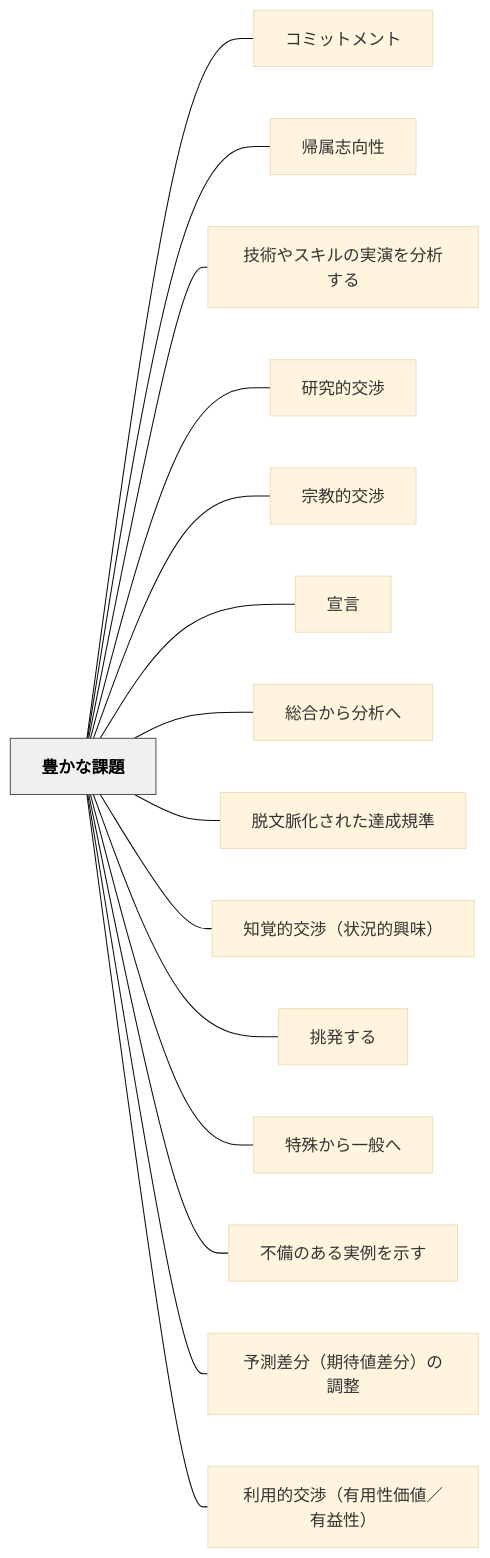
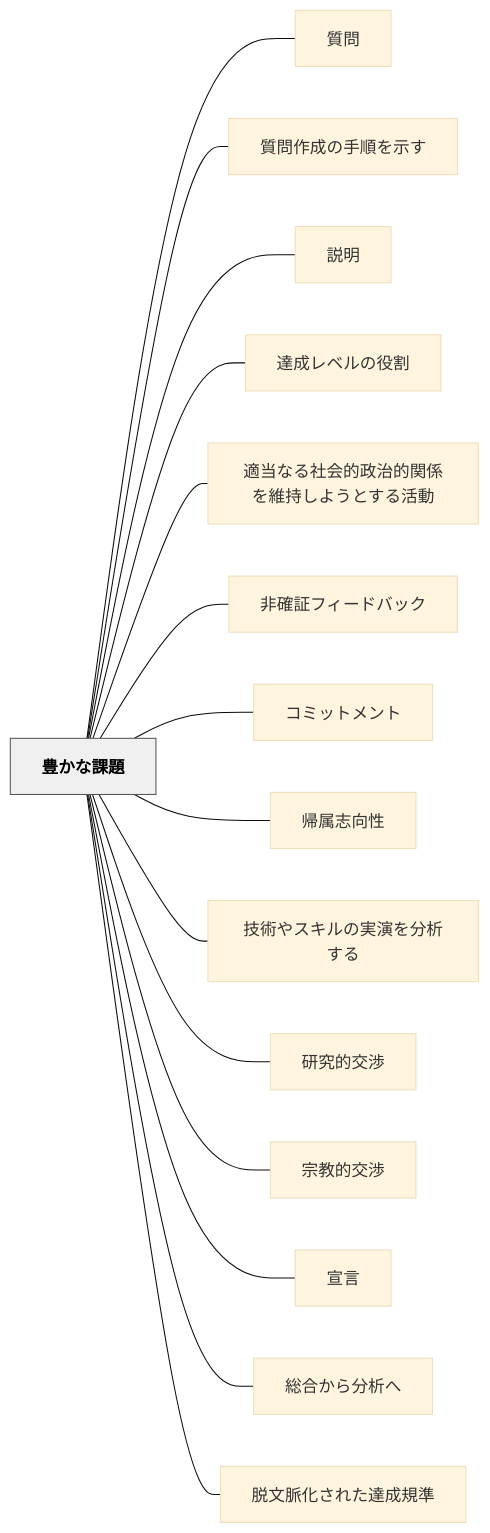
One commit to unknownthings-ed-patterns/unknownthings-ed-patterns changed the diagram in content/パタン/豊かな課題.md. Above: the diagram before and after it, drawn with Mermaid (base theme). The commit also changed other lines of this file and 35 other files, not shown here.

````diff
--- a/content/パタン/豊かな課題.md
+++ b/content/パタン/豊かな課題.md
@@ -178,36 +184,36 @@
 ```mermaid
 flowchart LR
     ne8b18ae3818be381aae8aab2e9a18c["豊かな課題"]
+    ne8b3aae5958f["質問"]
+    ne8b3aae5958fe4bd9ce68890e381aee6898be9a086e38292e7a4bae38199["質問作成の手順を示す"]
+    ne8aaace6988e["説明"]
+    ne98194e68890e383ace38399e383abe381aee5bdb9e589b2["達成レベルの役割"]
+    ne981a9e5bd93e381aae3828be7a4bee4bc9ae79a84e694bfe6b2bbe79a84e996a2e4bf82e38292e7b6ade68c81e38197e38288e38186e381a8e38199e3828be6b4bbe58b95["適当なる社会的政治的関係を維持しようとする活動"]
+    ne99d9ee7a2bae8a8bce38395e382a3e383bce38389e38390e38383e382af["非確証フィードバック"]
     ne382b3e3839fe38383e38388e383a1e383b3e38388["コミットメント"]
     ne5b8b0e5b19ee5bf97e59091e680a7["帰属志向性"]
     ne68a80e8a193e38284e382b9e382ade383abe381aee5ae9fe6bc94e38292e58886e69e90e38199e3828b["技術やスキルの実演を分析する"]
     ne7a094e7a9b6e79a84e4baa4e6b889["研究的交渉"]
     ne5ae97e69599e79a84e4baa4e6b889["宗教的交渉"]
     ne5aea3e8a880["宣言"]
     ne7b78fe59088e3818be38289e58886e69e90e381b8["総合から分析へ"]
     ne884b1e69687e88488e58c96e38195e3828ce3819fe98194e68890e8a68fe6ba96["脱文脈化された達成規準"]
-    ne79fa5e8a69ae79a84e4baa4e6b889efbc88e78ab6e6b381e79a84e88888e591b3efbc89["知覚的交渉（状況的興味）"]
-    ne68c91e799bae38199e3828b["挑発する"]
-    ne789b9e6ae8ae3818be38289e4b880e888ace381b8["特殊から一般へ"]
-    ne4b88de58299e381aee38182e3828be5ae9fe4be8be38292e7a4bae38199["不備のある実例を示す"]
-    ne4ba88e6b8ace5b7aee58886efbc88e69c9fe5be85e580a4e5b7aee58886efbc89e381aee8aabfe695b4["予測差分（期待値差分）の調整"]
-    ne588a9e794a8e79a84e4baa4e6b889efbc88e69c89e794a8e680a7e4bea1e580a4efbc8fe69c89e79b8ae680a7efbc89["利用的交渉（有用性価値／有益性）"]
 
+    ne8b18ae3818be381aae8aab2e9a18c --- ne8b3aae5958f
+    ne8b18ae3818be381aae8aab2e9a18c --- ne8b3aae5958fe4bd9ce68890e381aee6898be9a086e38292e7a4bae38199
+    ne8b18ae3818be381aae8aab2e9a18c --- ne8aaace6988e
+    ne8b18ae3818be381aae8aab2e9a18c --- ne98194e68890e383ace38399e383abe381aee5bdb9e589b2
+    ne8b18ae3818be381aae8aab2e9a18c --- ne981a9e5bd93e381aae3828be7a4bee4bc9ae79a84e694bfe6b2bbe79a84e996a2e4bf82e38292e7b6ade68c81e38197e38288e38186e381a8e38199e3828be6b4bbe58b95
+    ne8b18ae3818be381aae8aab2e9a18c --- ne99d9ee7a2bae8a8bce38395e382a3e383bce38389e38390e38383e382af
     ne8b18ae3818be381aae8aab2e9a18c --- ne382b3e3839fe38383e38388e383a1e383b3e38388
     ne8b18ae3818be381aae8aab2e9a18c --- ne5b8b0e5b19ee5bf97e59091e680a7
     ne8b18ae3818be381aae8aab2e9a18c --- ne68a80e8a193e38284e382b9e382ade383abe381aee5ae9fe6bc94e38292e58886e69e90e38199e3828b
     ne8b18ae3818be381aae8aab2e9a18c --- ne7a094e7a9b6e79a84e4baa4e6b889
     ne8b18ae3818be381aae8aab2e9a18c --- ne5ae97e69599e79a84e4baa4e6b889
     ne8b18ae3818be381aae8aab2e9a18c --- ne5aea3e8a880
     ne8b18ae3818be381aae8aab2e9a18c --- ne7b78fe59088e3818be38289e58886e69e90e381b8
     ne8b18ae3818be381aae8aab2e9a18c --- ne884b1e69687e88488e58c96e38195e3828ce3819fe98194e68890e8a68fe6ba96
-    ne8b18ae3818be381aae8aab2e9a18c --- ne79fa5e8a69ae79a84e4baa4e6b889efbc88e78ab6e6b381e79a84e88888e591b3efbc89
-    ne8b18ae3818be381aae8aab2e9a18c --- ne68c91e799bae38199e3828b
-    ne8b18ae3818be381aae8aab2e9a18c --- ne789b9e6ae8ae3818be38289e4b880e888ace381b8
-    ne8b18ae3818be381aae8aab2e9a18c --- ne4b88de58299e381aee38182e3828be5ae9fe4be8be38292e7a4bae38199
-    ne8b18ae3818be381aae8aab2e9a18c --- ne4ba88e6b8ace5b7aee58886efbc88e69c9fe5be85e580a4e5b7aee58886efbc89e381aee8aabfe695b4
-    ne8b18ae3818be381aae8aab2e9a18c --- ne588a9e794a8e79a84e4baa4e6b889efbc88e69c89e794a8e680a7e4bea1e580a4efbc8fe69c89e79b8ae680a7efbc89
 
     classDef hub fill:#f0f0f0,stroke:#555,color:#000,font-weight:bold
     class ne8b18ae3818be381aae8aab2e9a18c hub
 ```
````
